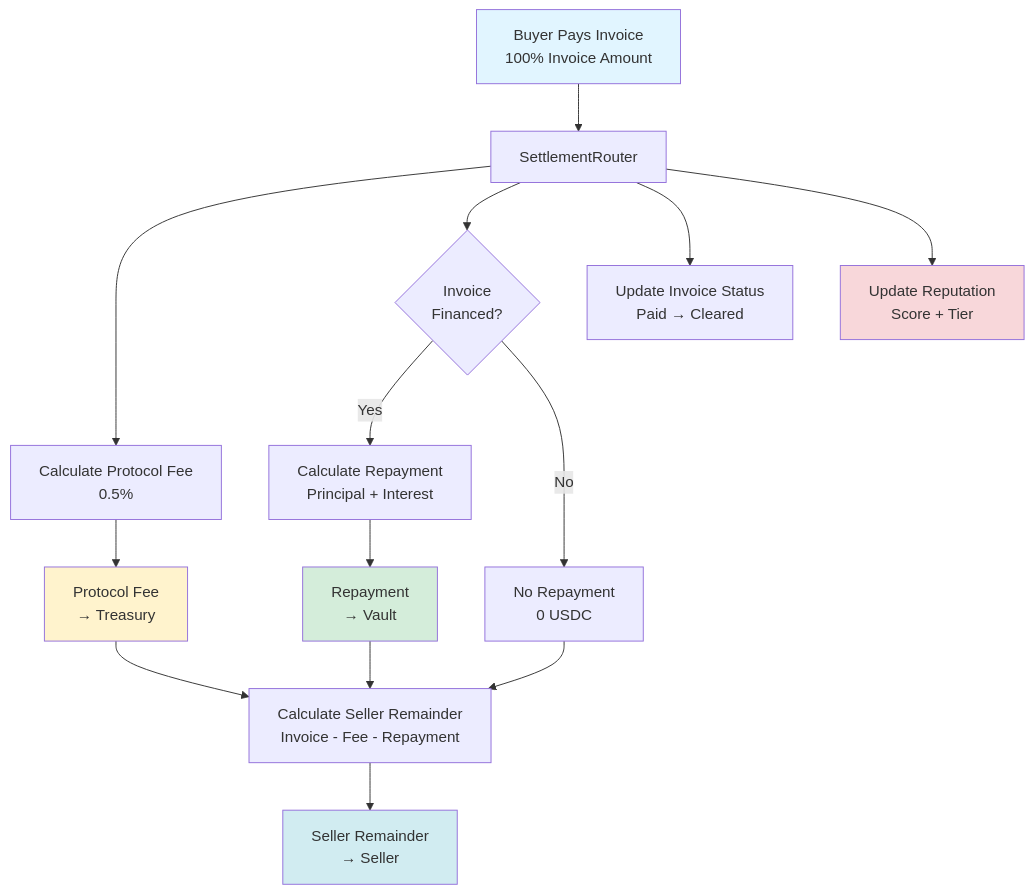
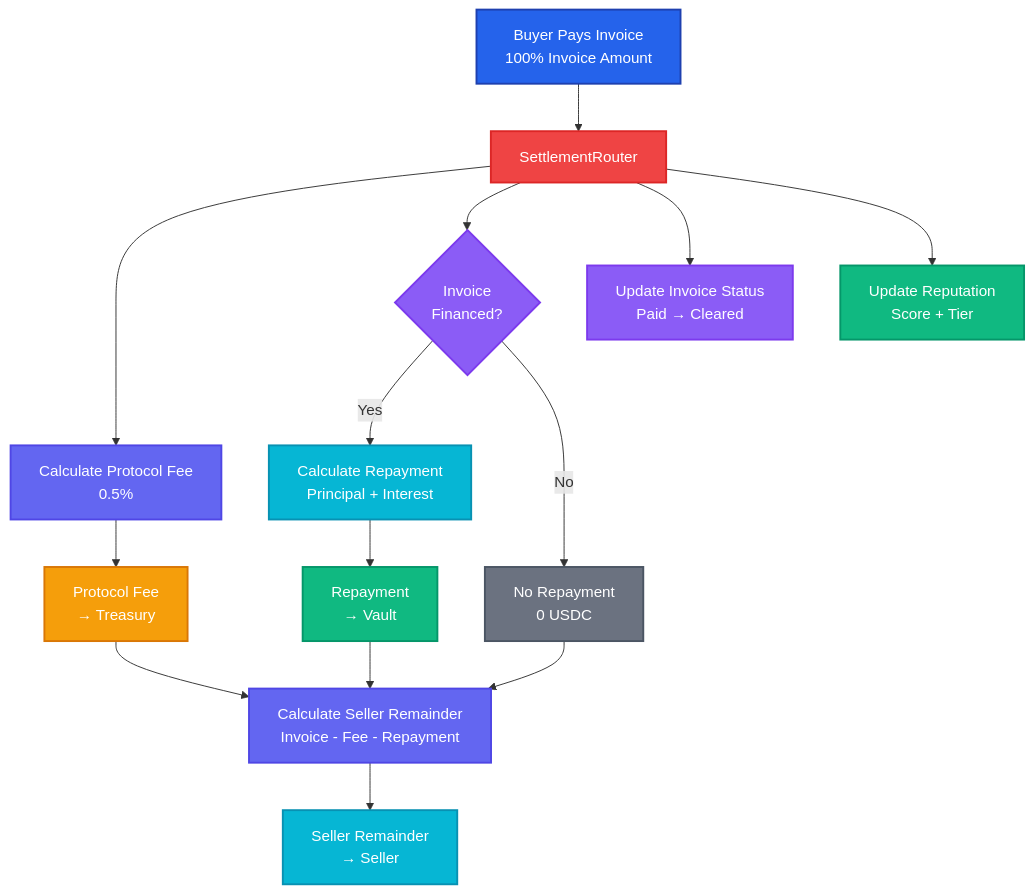
Before and after one commit to Adityaakr/SETTL.: the fourth of 4 diagrams in README.md, drawn with Mermaid. The commit also changed other lines of this file, not shown here.

Commit message:
Improve Mermaid diagram colors for better text visibility

````diff
--- a/README.md
+++ b/README.md
@@ -177,28 +194,35 @@
 ```mermaid
 flowchart TD
     Payment[Buyer Pays Invoice<br/>100% Invoice Amount] --> Settlement[SettlementRouter]
     
     Settlement --> CalcFee[Calculate Protocol Fee<br/>0.5%]
     CalcFee --> Fee[Protocol Fee<br/>→ Treasury]
     
     Settlement --> Check{Invoice<br/>Financed?}
     Check -->|Yes| CalcRepay[Calculate Repayment<br/>Principal + Interest]
     Check -->|No| NoRepay[No Repayment<br/>0 USDC]
     
     CalcRepay --> Repay[Repayment<br/>→ Vault]
     NoRepay --> CalcRemainder
     
     Fee --> CalcRemainder[Calculate Seller Remainder<br/>Invoice - Fee - Repayment]
     Repay --> CalcRemainder
     
     CalcRemainder --> Remainder[Seller Remainder<br/>→ Seller]
     
     Settlement --> UpdateStatus[Update Invoice Status<br/>Paid → Cleared]
     Settlement --> UpdateRep[Update Reputation<br/>Score + Tier]
     
-    style Payment fill:#e1f5ff
-    style Fee fill:#fff3cd
-    style Repay fill:#d4edda
-    style Remainder fill:#d1ecf1
-    style UpdateRep fill:#f8d7da
+    style Payment fill:#2563eb,stroke:#1e40af,stroke-width:2px,color:#fff
+    style Settlement fill:#ef4444,stroke:#dc2626,stroke-width:2px,color:#fff
+    style CalcFee fill:#6366f1,stroke:#4f46e5,stroke-width:2px,color:#fff
+    style Fee fill:#f59e0b,stroke:#d97706,stroke-width:2px,color:#fff
+    style Check fill:#8b5cf6,stroke:#7c3aed,stroke-width:2px,color:#fff
+    style CalcRepay fill:#06b6d4,stroke:#0891b2,stroke-width:2px,color:#fff
+    style NoRepay fill:#6b7280,stroke:#4b5563,stroke-width:2px,color:#fff
+    style Repay fill:#10b981,stroke:#059669,stroke-width:2px,color:#fff
+    style CalcRemainder fill:#6366f1,stroke:#4f46e5,stroke-width:2px,color:#fff
+    style Remainder fill:#06b6d4,stroke:#0891b2,stroke-width:2px,color:#fff
+    style UpdateStatus fill:#8b5cf6,stroke:#7c3aed,stroke-width:2px,color:#fff
+    style UpdateRep fill:#10b981,stroke:#059669,stroke-width:2px,color:#fff
 ```
````
